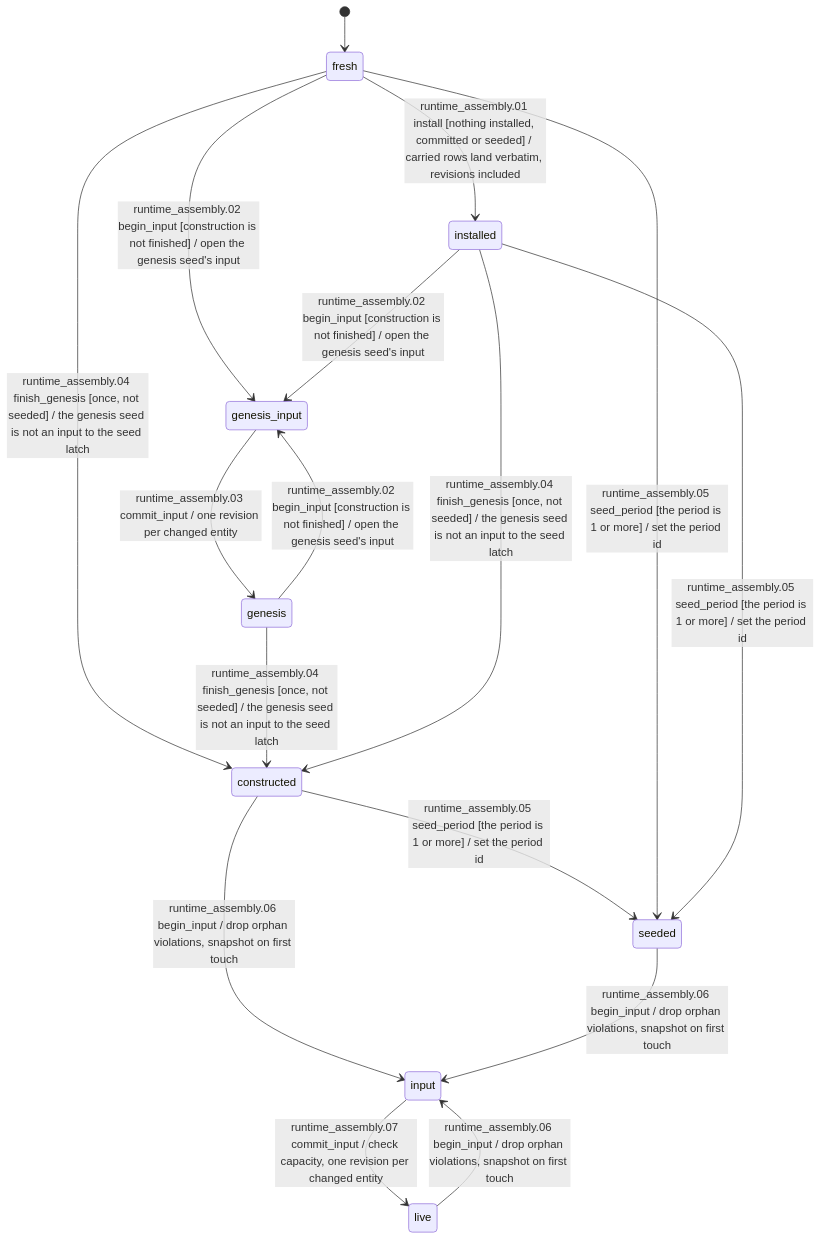
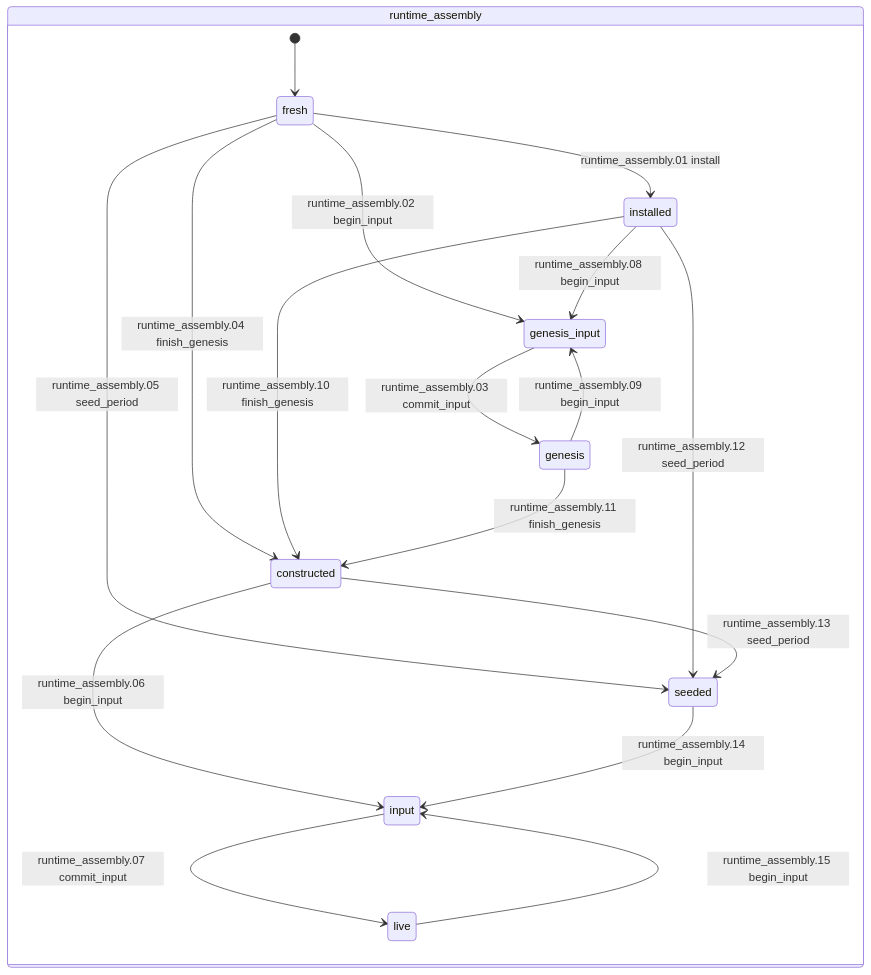
The fourth of 14 diagrams in docs/state-machines.md (mrbald/dsl41), drawn with Mermaid before and after one commit. The commit also changed other lines of this file and 17 other files, not shown here.

````diff
--- a/docs/state-machines.md
+++ b/docs/state-machines.md
@@ -309,27 +311,30 @@
 ```mermaid
 stateDiagram-v2
-    state "constructed" as s0
-    state "fresh" as s1
-    state "genesis" as s2
-    state "genesis_input" as s3
-    state "input" as s4
-    state "installed" as s5
-    state "live" as s6
-    state "seeded" as s7
-    [*] --> s1
-    s1 --> s5 : runtime_assembly.01 install [nothing installed, committed or seeded] / carried rows land verbatim, revisions included
-    s1 --> s3 : runtime_assembly.02 begin_input [construction is not finished] / open the genesis seed's input
-    s2 --> s3 : runtime_assembly.02 begin_input [construction is not finished] / open the genesis seed's input
-    s5 --> s3 : runtime_assembly.02 begin_input [construction is not finished] / open the genesis seed's input
-    s3 --> s2 : runtime_assembly.03 commit_input / one revision per changed entity
-    s1 --> s0 : runtime_assembly.04 finish_genesis [once, not seeded] / the genesis seed is not an input to the seed latch
-    s2 --> s0 : runtime_assembly.04 finish_genesis [once, not seeded] / the genesis seed is not an input to the seed latch
-    s5 --> s0 : runtime_assembly.04 finish_genesis [once, not seeded] / the genesis seed is not an input to the seed latch
-    s0 --> s7 : runtime_assembly.05 seed_period [the period is 1 or more] / set the period id
-    s1 --> s7 : runtime_assembly.05 seed_period [the period is 1 or more] / set the period id
-    s5 --> s7 : runtime_assembly.05 seed_period [the period is 1 or more] / set the period id
-    s0 --> s4 : runtime_assembly.06 begin_input / drop orphan violations, snapshot on first touch
-    s6 --> s4 : runtime_assembly.06 begin_input / drop orphan violations, snapshot on first touch
-    s7 --> s4 : runtime_assembly.06 begin_input / drop orphan violations, snapshot on first touch
-    s4 --> s6 : runtime_assembly.07 commit_input / check capacity, one revision per changed entity
+    state "runtime_assembly" as s7
+    state s7 {
+        [*] --> s1
+        state "fresh" as s1
+        state "installed" as s5
+        state "genesis_input" as s3
+        state "genesis" as s2
+        state "constructed" as s0
+        state "seeded" as s8
+        state "input" as s4
+        state "live" as s6
+    }
+    s1 --> s5 : runtime_assembly.01 install
+    s1 --> s3 : runtime_assembly.02 begin_input
+    s3 --> s2 : runtime_assembly.03 commit_input
+    s1 --> s0 : runtime_assembly.04 finish_genesis
+    s1 --> s8 : runtime_assembly.05 seed_period
+    s0 --> s4 : runtime_assembly.06 begin_input
+    s4 --> s6 : runtime_assembly.07 commit_input
+    s5 --> s3 : runtime_assembly.08 begin_input
+    s2 --> s3 : runtime_assembly.09 begin_input
+    s5 --> s0 : runtime_assembly.10 finish_genesis
+    s2 --> s0 : runtime_assembly.11 finish_genesis
+    s5 --> s8 : runtime_assembly.12 seed_period
+    s0 --> s8 : runtime_assembly.13 seed_period
+    s8 --> s4 : runtime_assembly.14 begin_input
+    s6 --> s4 : runtime_assembly.15 begin_input
 ```
````
